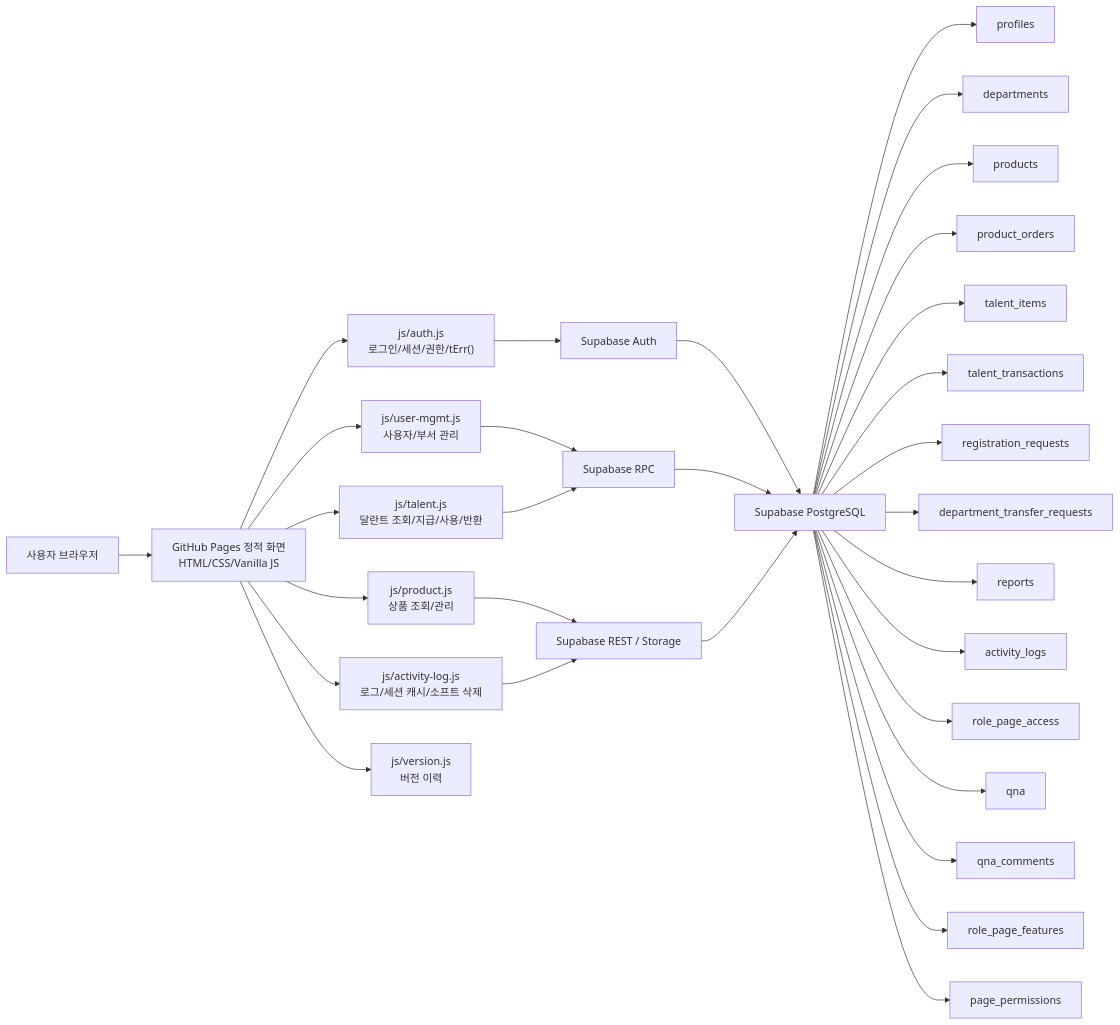
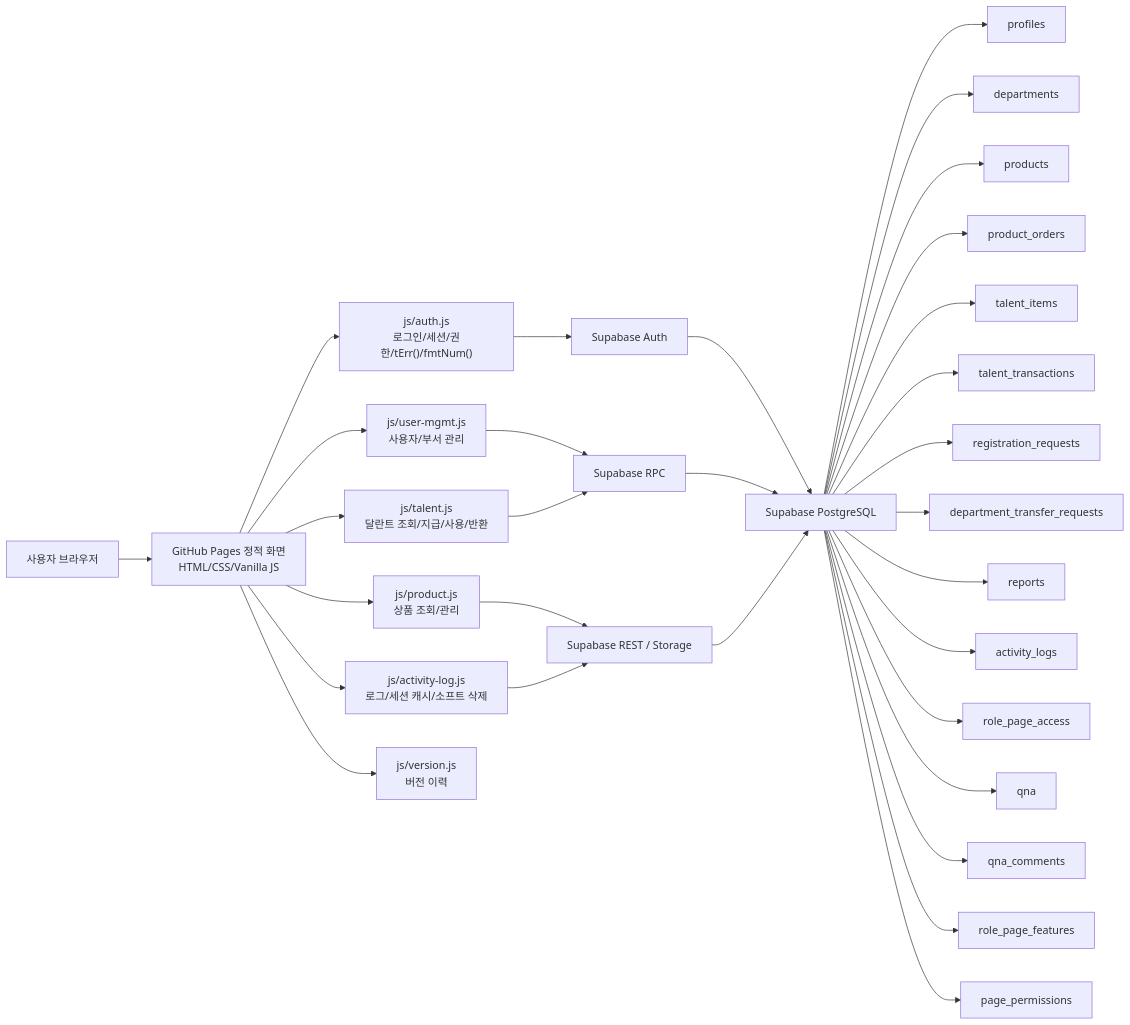
One commit to CHO-Talents/CHO-Talents changed the first of 11 diagrams in docs/PROJECT_ARCHITECTURE_FLOW.md. Above: the diagram before and after it, drawn with Mermaid. The commit also changed other lines of this file and 32 other files, not shown here.

````diff
--- a/docs/PROJECT_ARCHITECTURE_FLOW.md
+++ b/docs/PROJECT_ARCHITECTURE_FLOW.md
@@ -24,37 +24,37 @@
 ```mermaid
 flowchart LR
   User["사용자 브라우저"] --> Pages["GitHub Pages 정적 화면<br/>HTML/CSS/Vanilla JS"]
 
-  Pages --> AuthJS["js/auth.js<br/>로그인/세션/권한/tErr()"]
+  Pages --> AuthJS["js/auth.js<br/>로그인/세션/권한/tErr()/fmtNum()"]
   Pages --> LogJS["js/activity-log.js<br/>로그/세션 캐시/소프트 삭제"]
   Pages --> UserMgmt["js/user-mgmt.js<br/>사용자/부서 관리"]
   Pages --> TalentJS["js/talent.js<br/>달란트 조회/지급/사용/반환"]
   Pages --> ProductJS["js/product.js<br/>상품 조회/관리"]
   Pages --> VersionJS["js/version.js<br/>버전 이력"]
 
   AuthJS --> Auth["Supabase Auth"]
   UserMgmt --> RPC["Supabase RPC"]
   TalentJS --> RPC
   ProductJS --> Rest["Supabase REST / Storage"]
   LogJS --> Rest
 
   Auth --> DB["Supabase PostgreSQL"]
   RPC --> DB
   Rest --> DB
 
   DB --> Profiles["profiles"]
   DB --> Departments["departments"]
   DB --> Products["products"]
   DB --> Orders["product_orders"]
   DB --> Items["talent_items"]
   DB --> Transactions["talent_transactions"]
   DB --> Requests["registration_requests"]
   DB --> Transfers["department_transfer_requests"]
   DB --> Reports["reports"]
   DB --> Logs["activity_logs"]
   DB --> RoleAccess["role_page_access"]
   DB --> QnA["qna"]
   DB --> QnAComments["qna_comments"]
   DB --> RoleFeatures["role_page_features"]
   DB --> PagePerms["page_permissions"]
 ```
````
